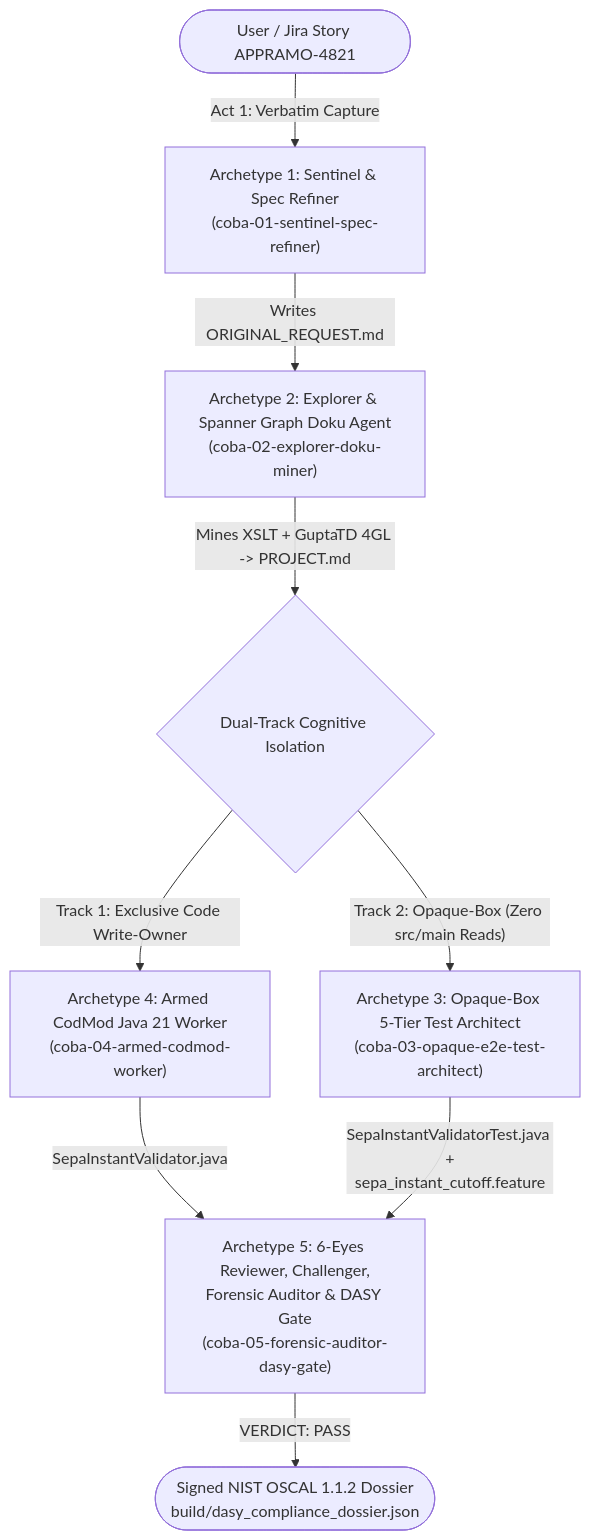
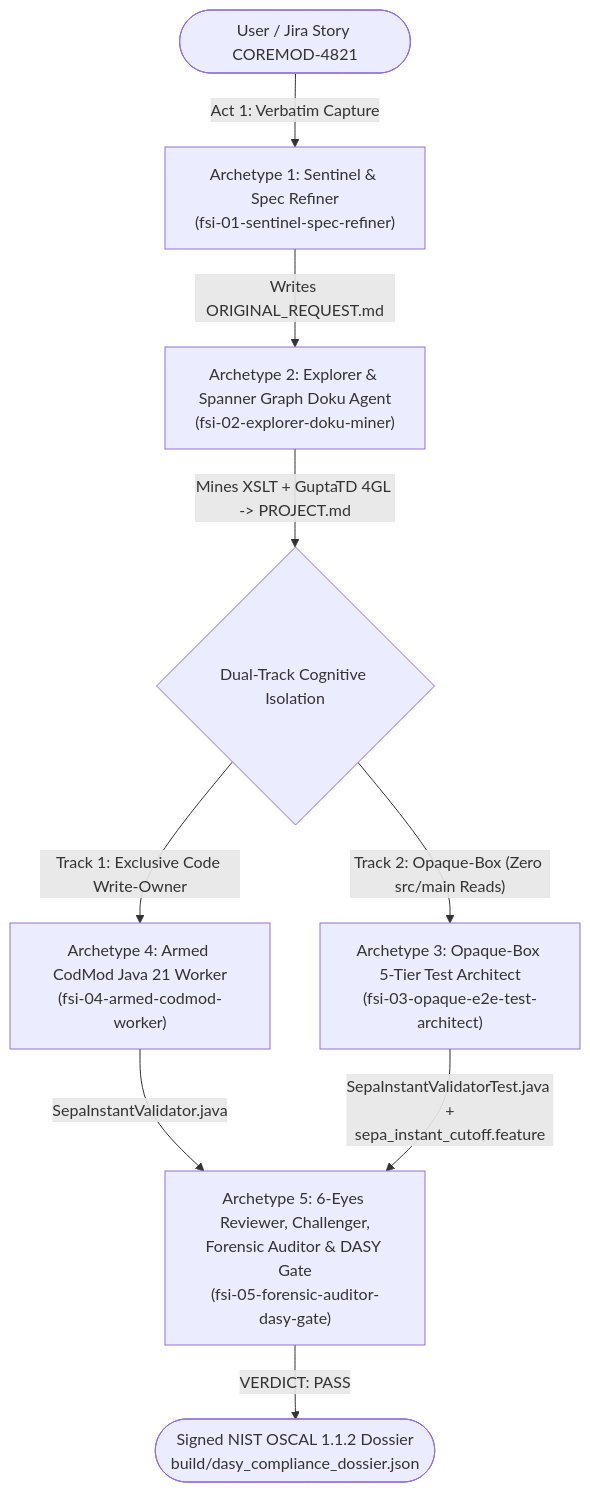
One commit to karin-devil/fsi-agentic-sdlc-5-archetypes-sepa-demo changed the diagram in README.md. Above: the diagram before and after it, drawn with Mermaid. The commit also changed other lines of this file and 59 other files, not shown here.

````diff
--- a/README.md
+++ b/README.md
@@ -78,11 +78,11 @@
 ```mermaid
 flowchart TB
-    User(["User / Jira Story APPRAMO-4821"]) -->|"Act 1: Verbatim Capture"| A1["Archetype 1: Sentinel & Spec Refiner\n(coba-01-sentinel-spec-refiner)"]
-    A1 -->|"Writes ORIGINAL_REQUEST.md"| A2["Archetype 2: Explorer & Spanner Graph Doku Agent\n(coba-02-explorer-doku-miner)"]
+    User(["User / Jira Story COREMOD-4821"]) -->|"Act 1: Verbatim Capture"| A1["Archetype 1: Sentinel & Spec Refiner\n(fsi-01-sentinel-spec-refiner)"]
+    A1 -->|"Writes ORIGINAL_REQUEST.md"| A2["Archetype 2: Explorer & Spanner Graph Doku Agent\n(fsi-02-explorer-doku-miner)"]
     A2 -->|"Mines XSLT + GuptaTD 4GL -> PROJECT.md"| Fork{"Dual-Track Cognitive Isolation"}
-    Fork -->|"Track 1: Exclusive Code Write-Owner"| A4["Archetype 4: Armed CodMod Java 21 Worker\n(coba-04-armed-codmod-worker)"]
-    Fork -->|"Track 2: Opaque-Box (Zero src/main Reads)"| A3["Archetype 3: Opaque-Box 5-Tier Test Architect\n(coba-03-opaque-e2e-test-architect)"]
-    A4 -->|"SepaInstantValidator.java"| A5["Archetype 5: 6-Eyes Reviewer, Challenger,\nForensic Auditor & DASY Gate\n(coba-05-forensic-auditor-dasy-gate)"]
+    Fork -->|"Track 1: Exclusive Code Write-Owner"| A4["Archetype 4: Armed CodMod Java 21 Worker\n(fsi-04-armed-codmod-worker)"]
+    Fork -->|"Track 2: Opaque-Box (Zero src/main Reads)"| A3["Archetype 3: Opaque-Box 5-Tier Test Architect\n(fsi-03-opaque-e2e-test-architect)"]
+    A4 -->|"SepaInstantValidator.java"| A5["Archetype 5: 6-Eyes Reviewer, Challenger,\nForensic Auditor & DASY Gate\n(fsi-05-forensic-auditor-dasy-gate)"]
     A3 -->|"SepaInstantValidatorTest.java +\nsepa_instant_cutoff.feature"| A5
     A5 -->|"VERDICT: PASS"| OSCAL(["Signed NIST OSCAL 1.1.2 Dossier\nbuild/dasy_compliance_dossier.json"])
 ```
````
